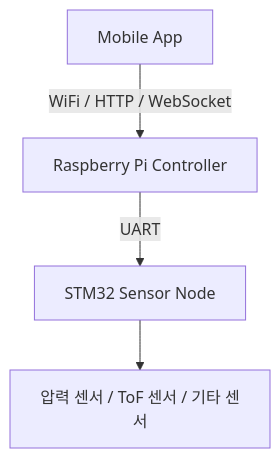
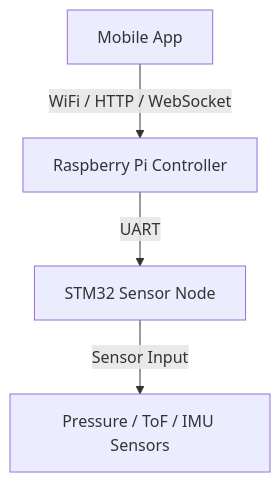
Before and after one commit to gwonxhj/edge-posture-monitor: the first of 3 diagrams in README.md, drawn with Mermaid. The commit also changed other lines of this file, not shown here.

````diff
--- a/README.md
+++ b/README.md
@@ -72,9 +55,11 @@
 ```mermaid
 flowchart TD
+    App[Mobile App]
+    RPi[Raspberry Pi Controller]
+    STM32[STM32 Sensor Node]
+    Sensors[Pressure / ToF / IMU Sensors]
 
-App[Mobile App] -->|WiFi / HTTP / WebSocket| RPi[Raspberry Pi Controller]
-
-RPi -->|UART| STM32[STM32 Sensor Node]
-
-STM32 --> Sensors[압력 센서 / ToF 센서 / 기타 센서]
+    App -->|WiFi / HTTP / WebSocket| RPi
+    RPi -->|UART| STM32
+    STM32 -->|Sensor Input| Sensors
 ```
````
